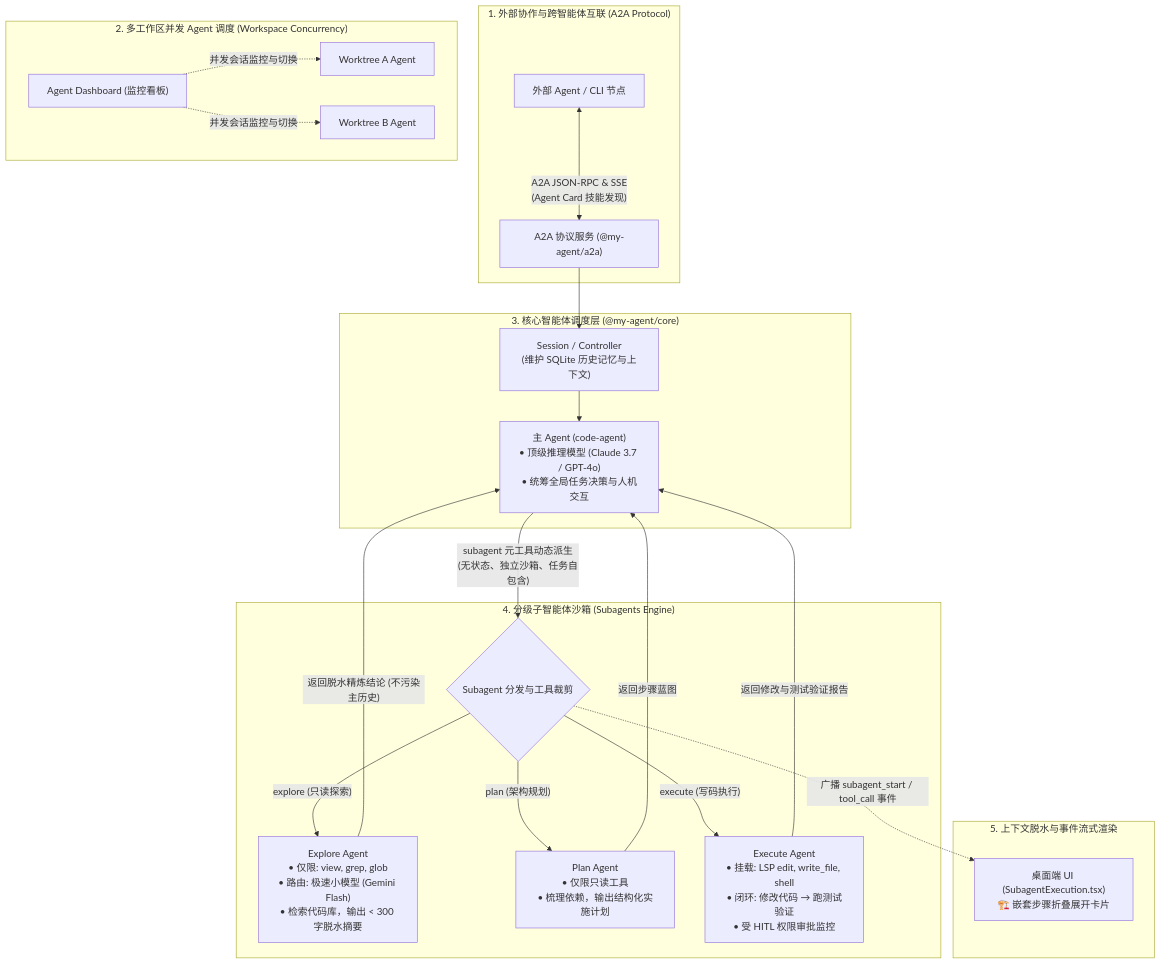
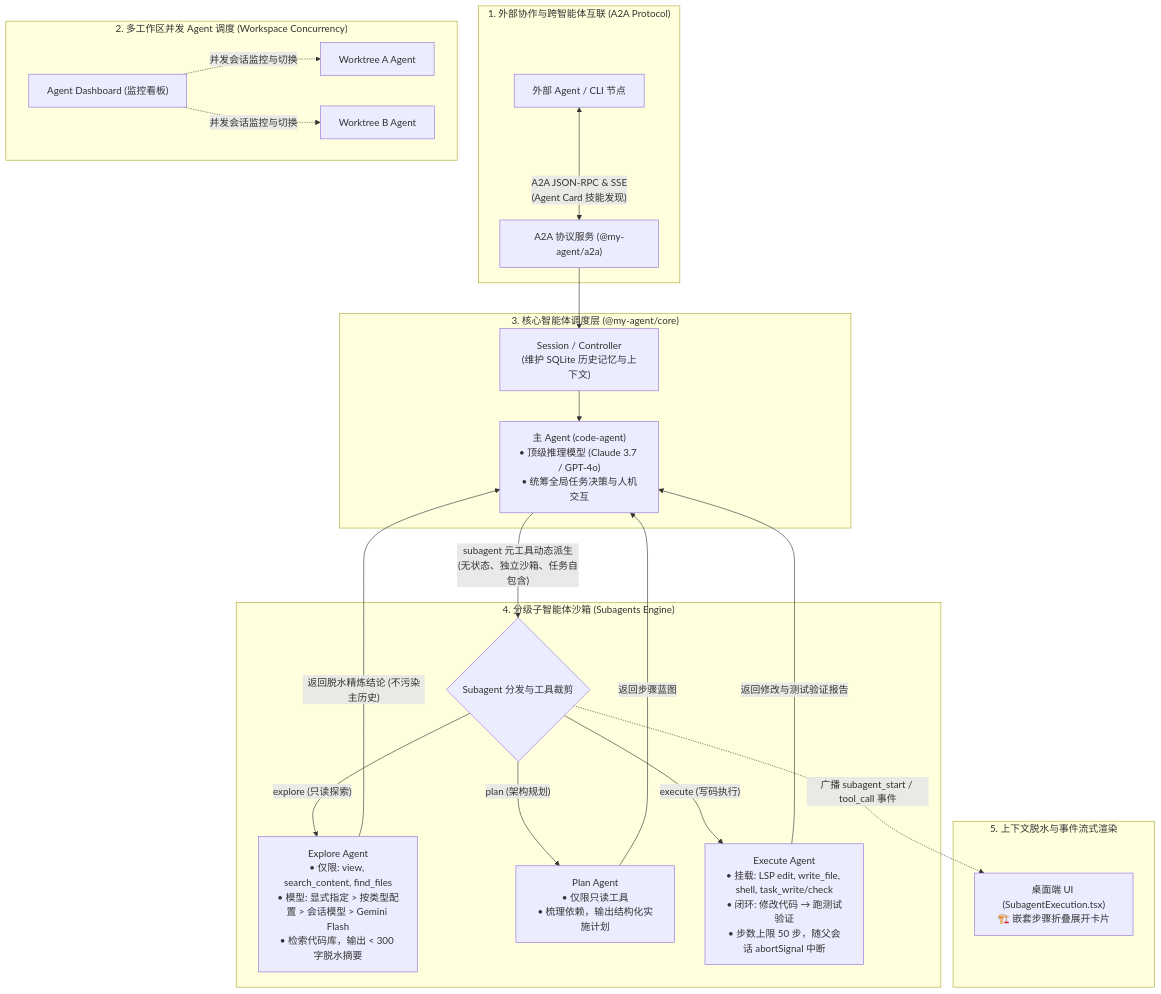
One commit to kidyfirst/my-agent changed the third of 8 diagrams in README.md. Above: the diagram before and after it, drawn with Mermaid. The commit also changed other lines of this file and 11 other files, not shown here.

````diff
--- a/README.md
+++ b/README.md
@@ -619,34 +625,34 @@
 ```mermaid
 flowchart TD
     subgraph ExternalAgents ["1. 外部协作与跨智能体互联 (A2A Protocol)"]
         RemoteAgent["外部 Agent / CLI 节点"] <-->|"A2A JSON-RPC & SSE<br/>(Agent Card 技能发现)"| A2AServer["A2A 协议服务 (@my-agent/a2a)"]
     end
 
     subgraph MultiWorktree ["2. 多工作区并发 Agent 调度 (Workspace Concurrency)"]
         Dashboard["Agent Dashboard (监控看板)"] -.->|"并发会话监控与切换"| MainSessionA["Worktree A Agent"]
         Dashboard -.->|"并发会话监控与切换"| MainSessionB["Worktree B Agent"]
     end
 
     subgraph Host ["3. 核心智能体调度层 (@my-agent/core)"]
         Session["Session / Controller<br/>(维护 SQLite 历史记忆与上下文)"]
         ParentAgent["主 Agent (code-agent)<br/>• 顶级推理模型 (Claude 3.7 / GPT-4o)<br/>• 统筹全局任务决策与人机交互"]
         Session --> ParentAgent
         A2AServer --> Session
     end
 
     subgraph SubagentSandbox ["4. 分级子智能体沙箱 (Subagents Engine)"]
         ParentAgent -->|"subagent 元工具动态派生<br/>(无状态、独立沙箱、任务自包含)"| SubagentRouter{"Subagent 分发与工具裁剪"}
 
-        SubagentRouter -->|"explore (只读探索)"| ExploreAgent["Explore Agent<br/>• 仅限: view, grep, glob<br/>• 路由: 极速小模型 (Gemini Flash)<br/>• 检索代码库，输出 < 300 字脱水摘要"]
+        SubagentRouter -->|"explore (只读探索)"| ExploreAgent["Explore Agent<br/>• 仅限: view, search_content, find_files<br/>• 模型: 显式指定 > 按类型配置 > 会话模型 > Gemini Flash<br/>• 检索代码库，输出 < 300 字脱水摘要"]
         SubagentRouter -->|"plan (架构规划)"| PlanAgent["Plan Agent<br/>• 仅限只读工具<br/>• 梳理依赖，输出结构化实施计划"]
-        SubagentRouter -->|"execute (写码执行)"| ExecuteAgent["Execute Agent<br/>• 挂载: LSP edit, write_file, shell<br/>• 闭环: 修改代码 → 跑测试验证<br/>• 受 HITL 权限审批监控"]
+        SubagentRouter -->|"execute (写码执行)"| ExecuteAgent["Execute Agent<br/>• 挂载: LSP edit, write_file, shell, task_write/check<br/>• 闭环: 修改代码 → 跑测试验证<br/>• 步数上限 50 步，随父会话 abortSignal 中断"]
     end
 
     subgraph Feedback ["5. 上下文脱水与事件流式渲染"]
         ExploreAgent -->|"返回脱水精炼结论 (不污染主历史)"| ParentAgent
         PlanAgent -->|"返回步骤蓝图"| ParentAgent
         ExecuteAgent -->|"返回修改与测试验证报告"| ParentAgent
 
         SubagentRouter -.->|"广播 subagent_start / tool_call 事件"| UIComponent["桌面端 UI (SubagentExecution.tsx)<br/>🏗️ 嵌套步骤折叠展开卡片"]
     end
 ```
````
